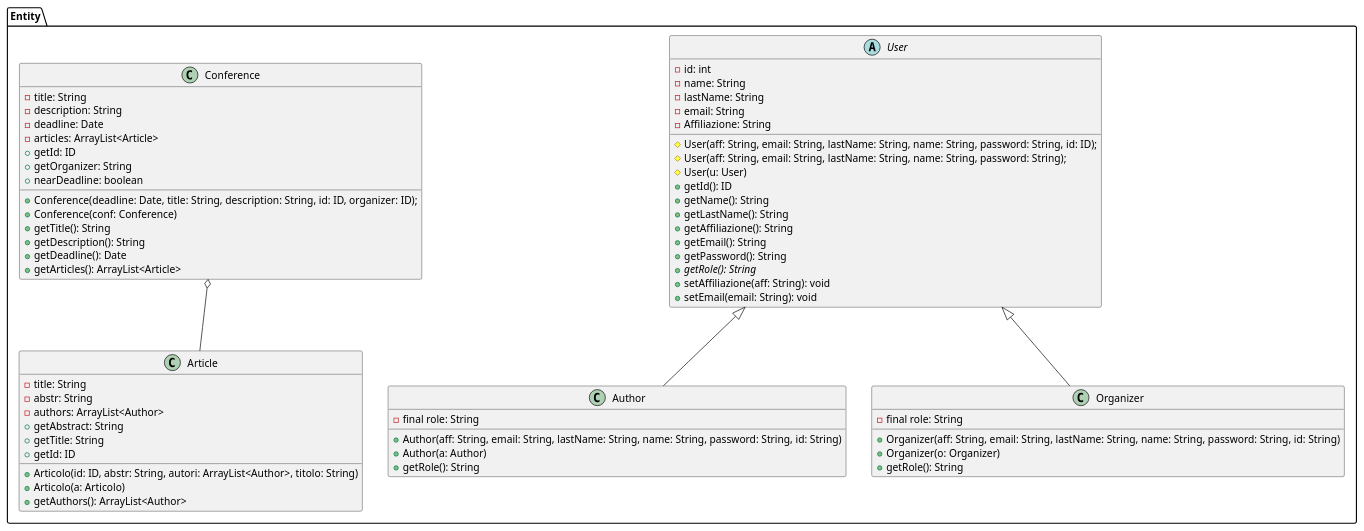
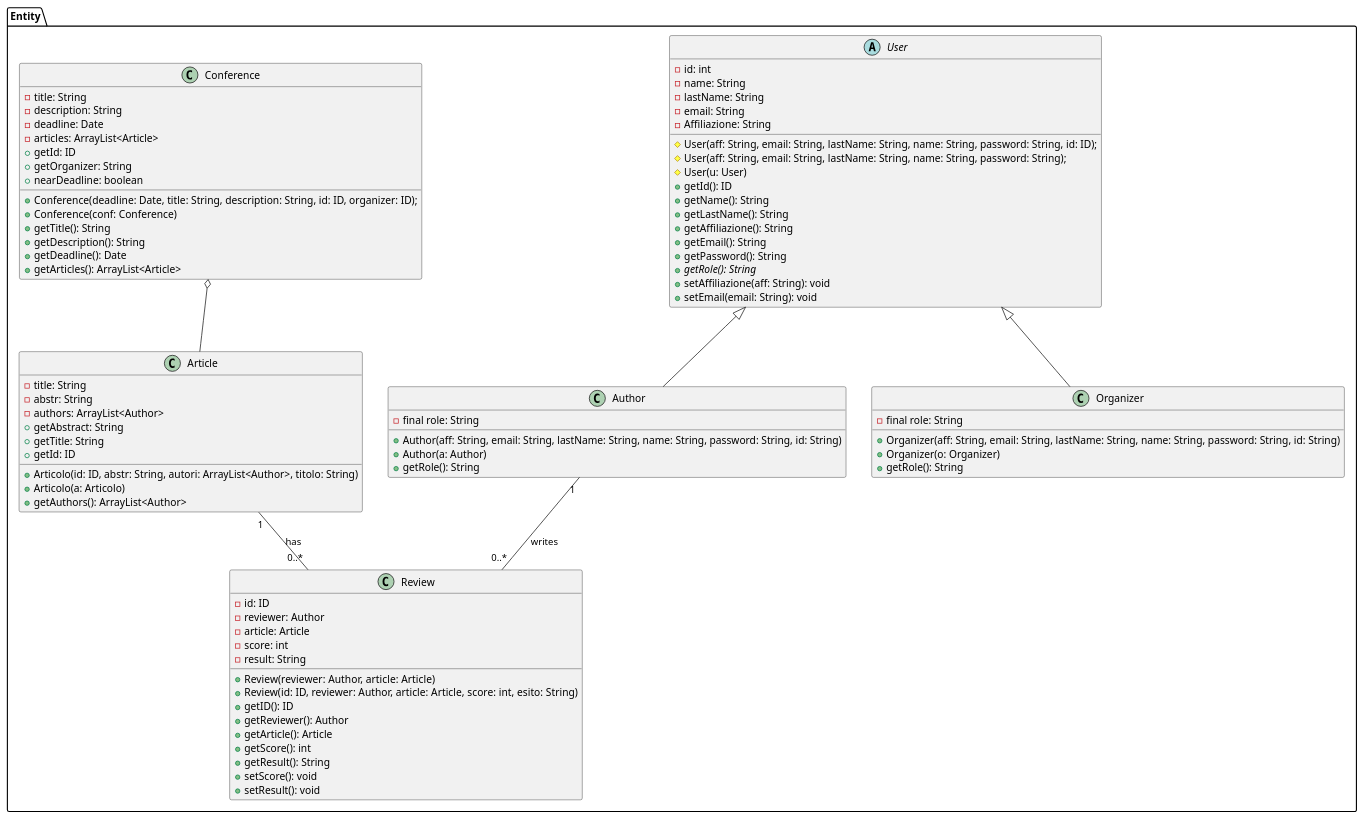
The diagram in VisualParadigm/diagramma_prg_entity.puml (Air4x/Progetto_ISW), drawn with PlantUML before and after one commit.

Commit message:
doc: Aggiunto Revisione in Progettazione

```diff
--- a/VisualParadigm/diagramma_prg_entity.puml
+++ b/VisualParadigm/diagramma_prg_entity.puml
@@ -1,70 +1,89 @@
 @startuml
 package Entity {
 
   abstract class User {
     - id: int
     - name: String
     - lastName: String
     - email: String
     - Affiliazione: String
     # User(aff: String, email: String, lastName: String, name: String, password: String, id: ID);
     # User(aff: String, email: String, lastName: String, name: String, password: String);
     # User(u: User)
     + getId(): ID
     + getName(): String
     + getLastName(): String
     + getAffiliazione(): String
     + getEmail(): String
     + getPassword(): String
     + {abstract} getRole(): String 
     + setAffiliazione(aff: String): void
     + setEmail(email: String): void
   }
 
   class Author {
     - final role: String
     + Author(aff: String, email: String, lastName: String, name: String, password: String, id: String)
     + Author(a: Author)		
     + getRole(): String
   }
 
   class Organizer {
     - final role: String
     + Organizer(aff: String, email: String, lastName: String, name: String, password: String, id: String)
     + Organizer(o: Organizer)
     + getRole(): String
   }
 
   class Article {
     - title: String
     - abstr: String
     - authors: ArrayList<Author>
     + Articolo(id: ID, abstr: String, autori: ArrayList<Author>, titolo: String)
     + Articolo(a: Articolo)
     + getAuthors(): ArrayList<Author>
     + getAbstract: String
     + getTitle: String
     + getId: ID
   }
   
   class Conference {
     - title: String
     - description: String
     - deadline: Date
     - articles: ArrayList<Article>
     + Conference(deadline: Date, title: String, description: String, id: ID, organizer: ID);
     + Conference(conf: Conference)
     + getTitle(): String
     + getDescription(): String
     + getDeadline(): Date
     + getArticles(): ArrayList<Article>
     + getId: ID
     + getOrganizer: String
     + nearDeadline: boolean
   }
 
+  class Review {
+		- id: ID
+		- reviewer: Author
+		- article: Article
+		- score: int
+		- result: String
+                + Review(reviewer: Author, article: Article)
+		+ Review(id: ID, reviewer: Author, article: Article, score: int, esito: String)
+		+ getID(): ID
+		+ getReviewer(): Author
+		+ getArticle(): Article
+		+ getScore(): int
+		+ getResult(): String
+		+ setScore(): void
+		+ setResult(): void
+  }
+	
   User <|-- Author
   User <|-- Organizer
   Conference o-- Article
+  Article "1" -- "0..*" Review : has
+  Author "1" -- "0..*" Review : writes
 }
 @enduml
```
